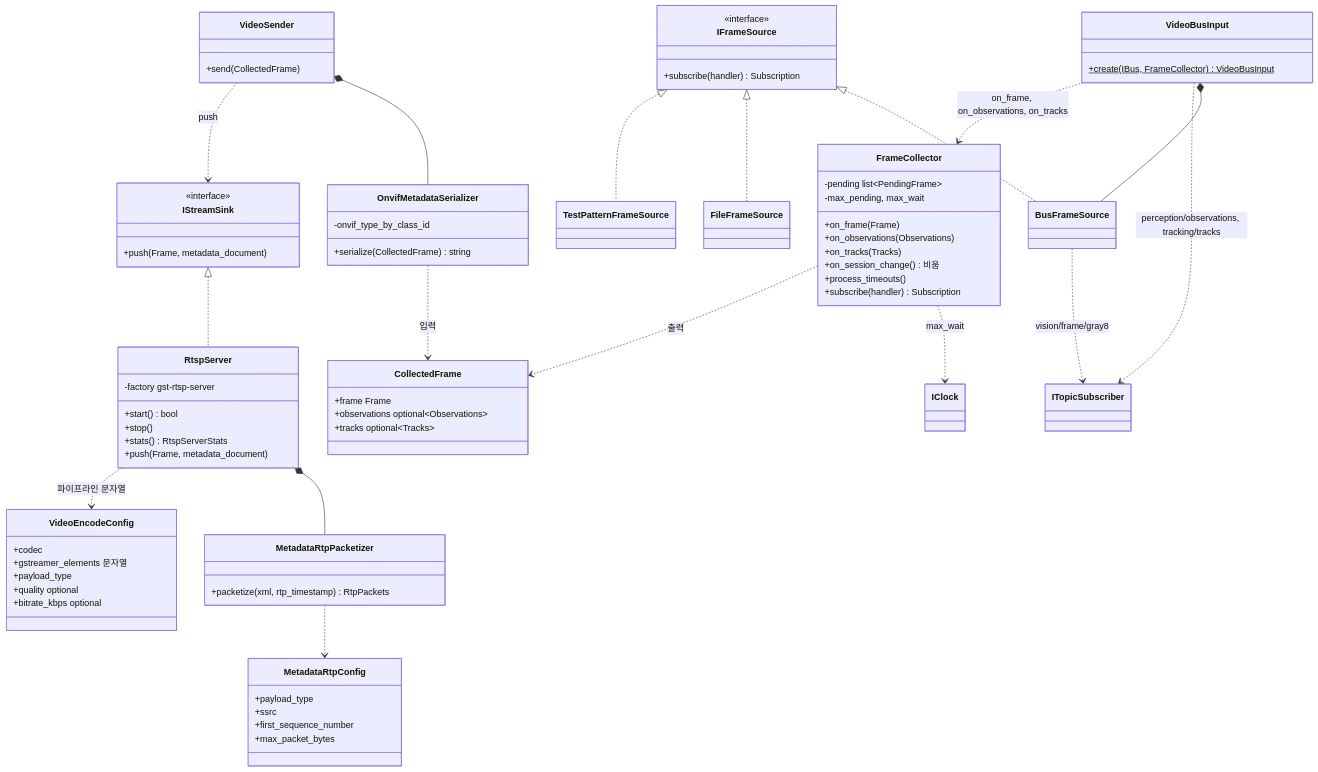
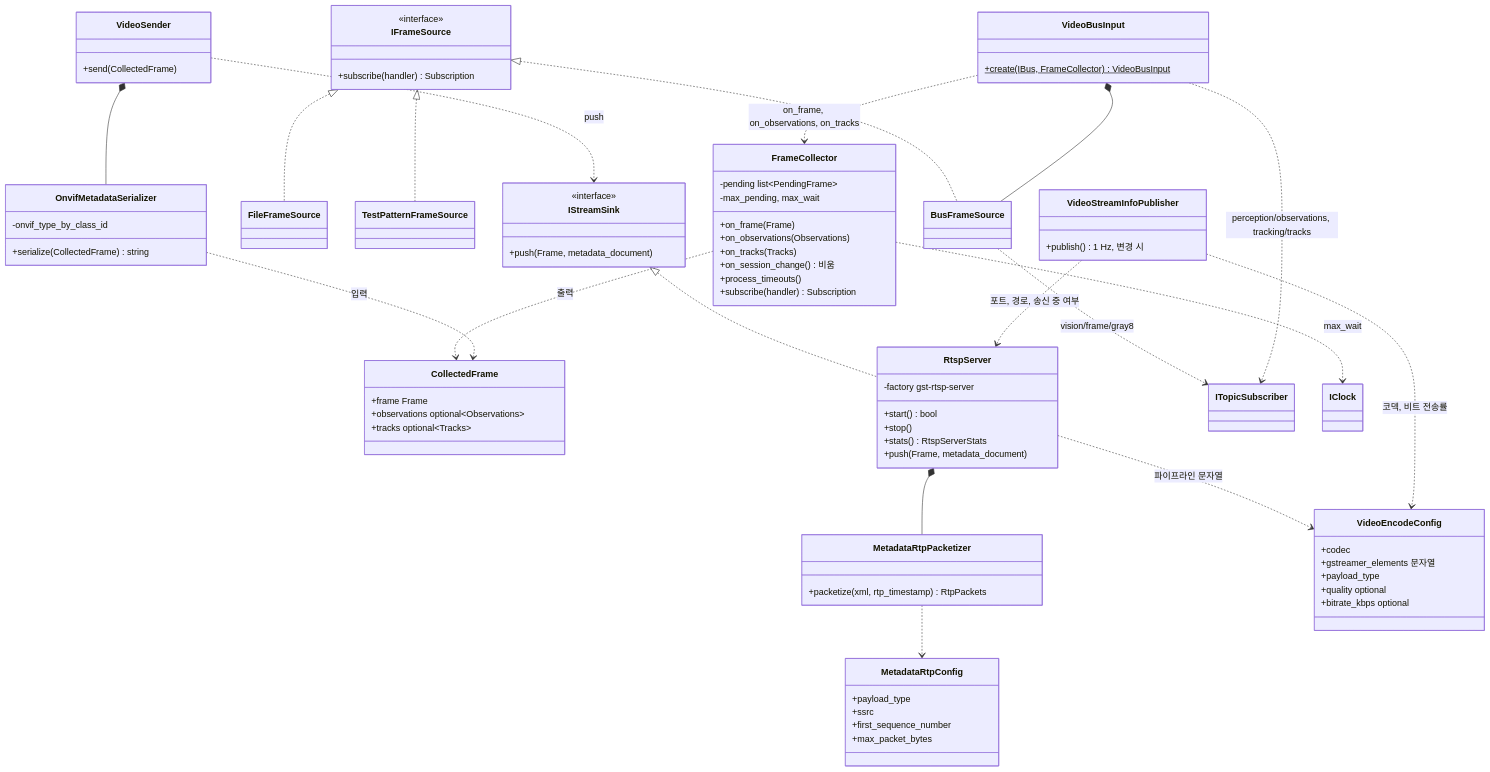
One commit to lig-argus/argus-edge-vision changed the first of 2 diagrams in docs/design/uml/class_video.md. Above: the diagram before and after it, drawn with Mermaid. The commit also changed other lines of this file and 2 other files, not shown here.

First paragraph of the commit message:
docs: mavlink_gateway 통제기 쪽 설계 개정 (통제기 연결, 제어권, FC 전달, 착륙 잠금, 조종사 개입) (#124)
## 내용

````diff
--- a/docs/design/uml/class_video.md
+++ b/docs/design/uml/class_video.md
@@ -67,6 +67,9 @@
     class VideoSender {
         +send(CollectedFrame)
     }
+    class VideoStreamInfoPublisher {
+        +publish() 1 Hz, 변경 시
+    }
     class VideoBusInput {
         +create(IBus, FrameCollector)$ VideoBusInput
     }
@@ -87,4 +90,6 @@
     VideoSender ..> IStreamSink : push
     RtspServer *-- MetadataRtpPacketizer
     RtspServer ..> VideoEncodeConfig : 파이프라인 문자열
+    VideoStreamInfoPublisher ..> RtspServer : 포트, 경로, 송신 중 여부
+    VideoStreamInfoPublisher ..> VideoEncodeConfig : 코덱, 비트 전송률
 ```
````
